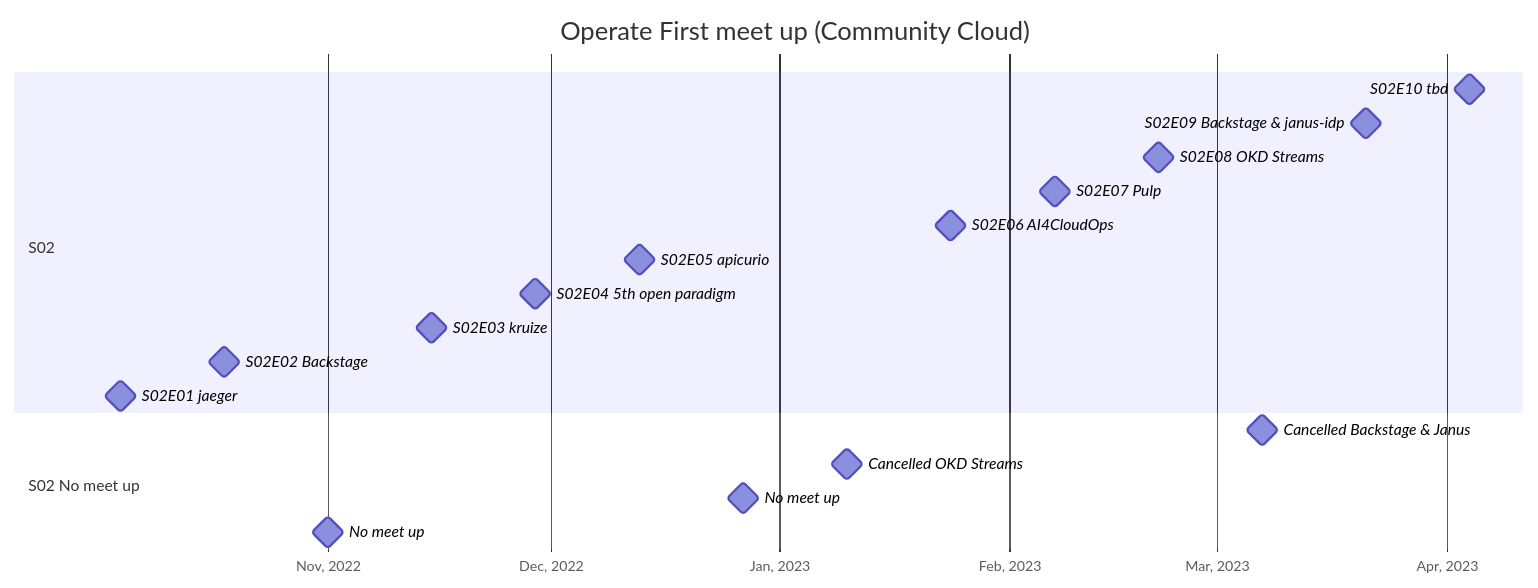
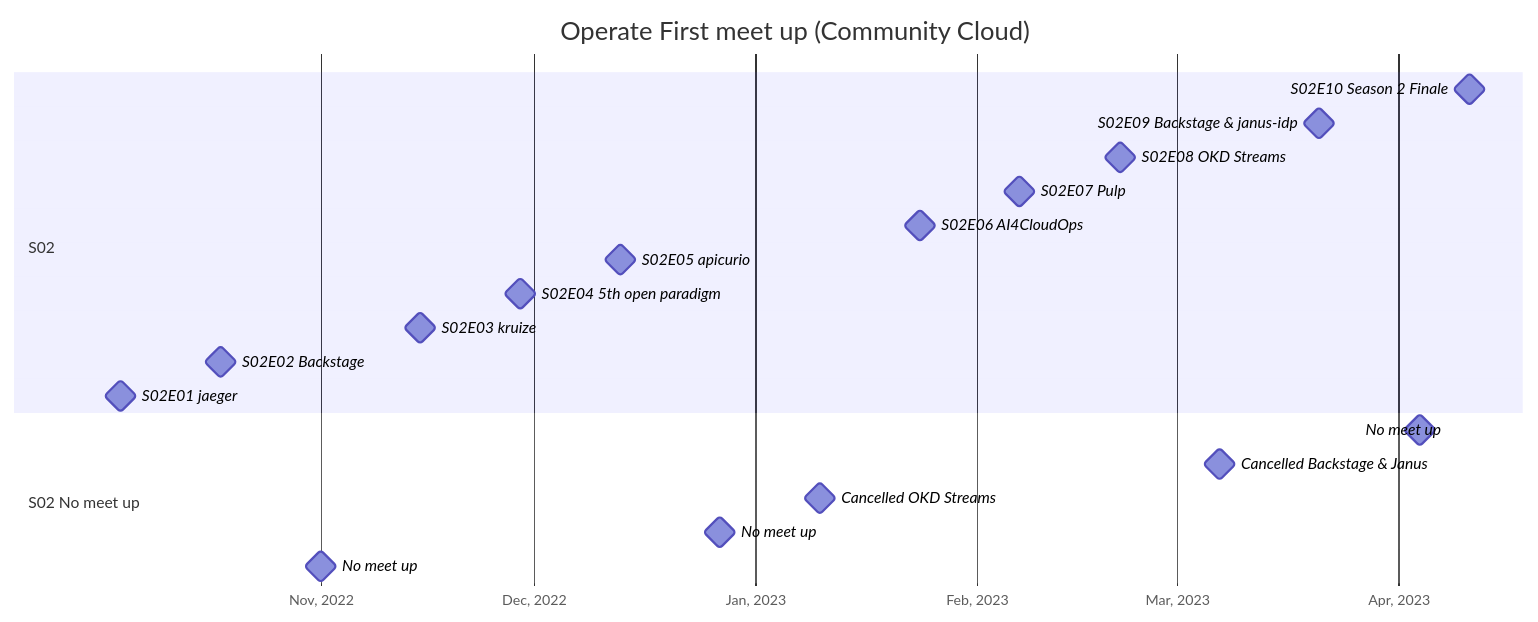
One commit to operate-first/communitycloud-meetup changed the first of 2 diagrams in README.md. Above: the diagram before and after it, drawn with Mermaid. The commit also changed other lines of this file, not shown here.

````diff
--- a/README.md
+++ b/README.md
@@ -15,25 +15,26 @@
 ```mermaid
 gantt
     title Operate First meet up (Community Cloud)
     dateFormat YYYY-MM-DD
     axisFormat %b, %Y
     todayMarker on
     
     section S02
-    S02E10 tbd               :milestone, S02E10, 2023-04-04, 1h
+    S02E10 Season 2 Finale :milestone, S02E10, 2023-04-11, 1h
     S02E09 Backstage & janus-idp :milestone, S02E09, 2023-03-21, 1h
     S02E08 OKD Streams       :milestone, S02E08, 2023-02-21, 1h
     S02E07 Pulp              :milestone, S02E07, 2023-02-07, 1h
     S02E06 AI4CloudOps       :milestone, S02E06, 2023-01-24, 1h
     S02E05 apicurio          :milestone, S02E05, 2022-12-13, 1h
     S02E04 5th open paradigm :milestone, S02E04, 2022-11-29, 1h
     S02E03 kruize            :milestone, S02E03, 2022-11-15, 1h
     S02E02 Backstage         :milestone, S02E02, 2022-10-18, 1h
     S02E01 jaeger            :milestone, S02E01, 2022-10-04, 1h
     
     section S02 No meet up
-    Cancelled Backstage & Janus   :milestone, S02N03, 2023-03-07, 1h
+    No meet up              :milestone, S02N5, 2023-04-04, 1h
+    Cancelled Backstage & Janus   :milestone, S02N04, 2023-03-07, 1h
     Cancelled OKD Streams   :milestone, S02N03, 2023-01-10, 1h
     No meet up              :milestone, S02N02, 2022-12-27, 1h
     No meet up              :milestone, S02N01, 2022-11-01, 1h
 ```
````
